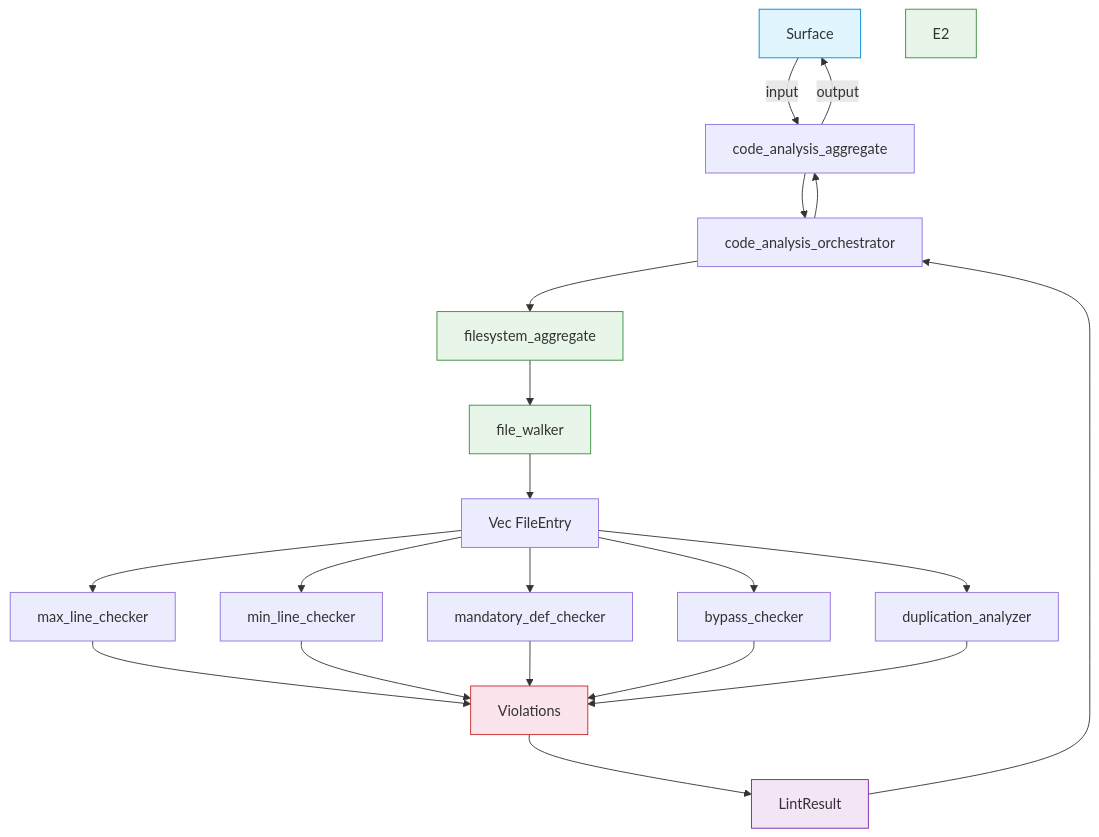
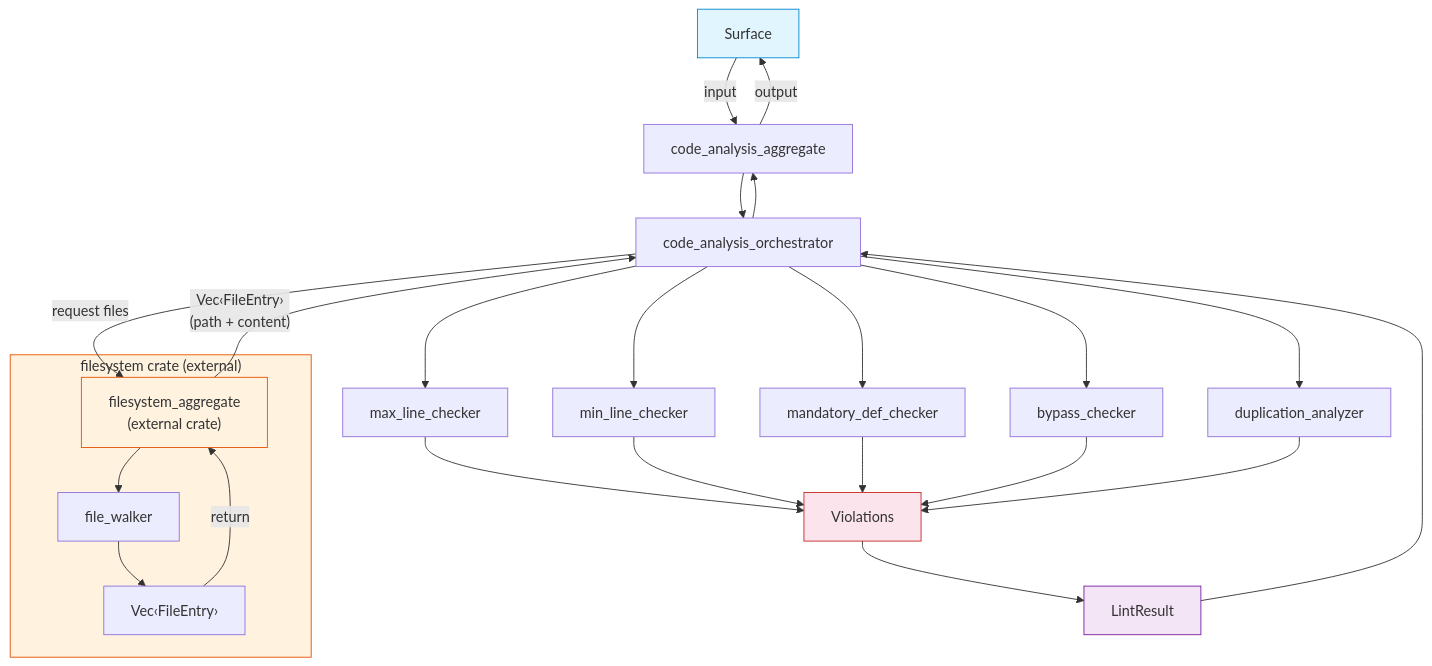
Before and after one commit to rakaarwaky/lint-arwaky: the diagram in crates/code-analysis/FRD.md, drawn with Mermaid. The commit also changed other lines of this file and 1 other file, not shown here.

Commit message:
docs: update FRD for code-analysis and role-rules to document external filesystem integration and refined requirement logic

````diff
--- a/crates/code-analysis/FRD.md
+++ b/crates/code-analysis/FRD.md
@@ -9,29 +13,37 @@
 ```mermaid
 flowchart TD
     A["Surface"] -->|input| B["code_analysis_aggregate"]
     B --> C["code_analysis_orchestrator"]
-    C --> D["filesystem_aggregate"]
-    D --> E1["file_walker"]
-    E1 --> G1["Vec FileEntry"]
-    G1 --> H1["max_line_checker"]
-    G1 --> H2["min_line_checker"]
-    G1 --> H3["mandatory_def_checker"]
-    G1 --> H4["bypass_checker"]
-    G1 --> H5["duplication_analyzer"]
+
+    C -->|"request files"| D["filesystem_aggregate\n(external crate)"]
+
+    subgraph FS ["filesystem crate (external)"]
+        D --> E1["file_walker"]
+        E1 --> G1["Vec‹FileEntry›"]
+    end
+
+    G1 -->|"return"| D
+    D -->|"Vec‹FileEntry›\n(path + content)"| C
+
+    C --> H1["max_line_checker"]
+    C --> H2["min_line_checker"]
+    C --> H3["mandatory_def_checker"]
+    C --> H4["bypass_checker"]
+    C --> H5["duplication_analyzer"]
+
     H1 --> I["Violations"]
     H2 --> I
     H3 --> I
     H4 --> I
     H5 --> I
     I --> J["LintResult"]
     J --> C
     C --> B
     B -->|output| A
 
     style A fill:#e1f5fe,stroke:#0288d1
-    style D fill:#e8f5e9,stroke:#388e3c
-    style E1 fill:#e8f5e9,stroke:#388e3c
-    style E2 fill:#e8f5e9,stroke:#388e3c
+    style FS fill:#fff3e0,stroke:#e65100
+    style D fill:#fff3e0,stroke:#e65100
     style I fill:#fce4ec,stroke:#c62828
     style J fill:#f3e5f5,stroke:#7b1fa2
 ```
````
